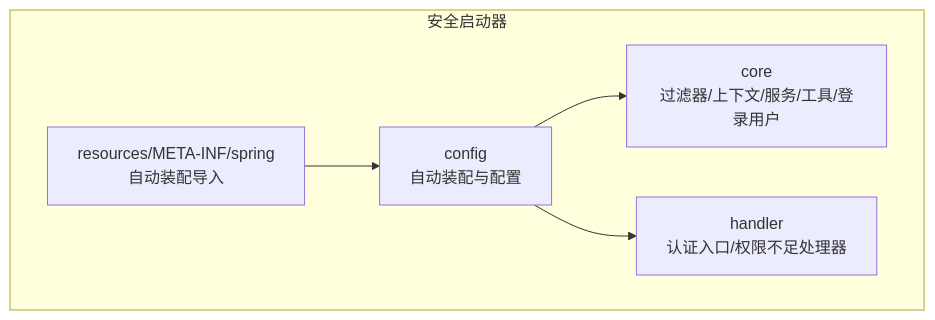
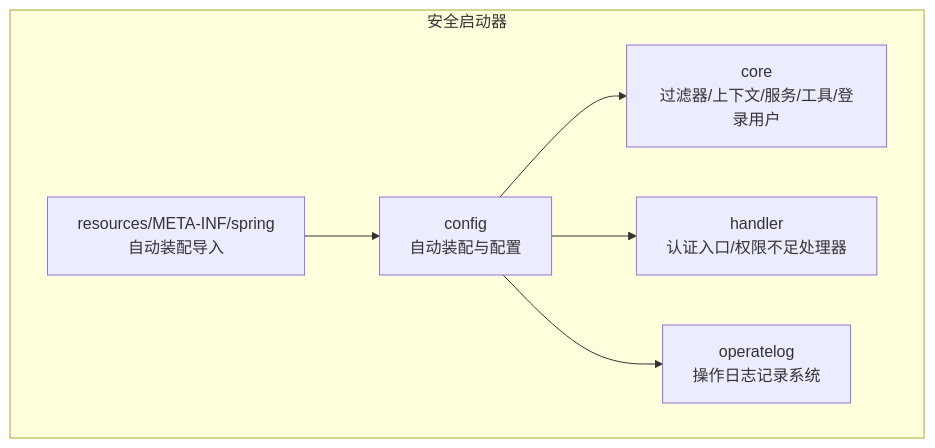
Before and after one commit to guanglei93/pandora-cloud: the first of 6 diagrams in .qoder/repowiki/zh/content/核心模块/安全认证模块.md, drawn with Mermaid. The commit also changed other lines of this file and 32 other files, not shown here.

````diff
--- a/.qoder/repowiki/zh/content/核心模块/安全认证模块.md
+++ b/.qoder/repowiki/zh/content/核心模块/安全认证模块.md
@@ -50,12 +64,14 @@
 ```mermaid
 graph TB
 subgraph "安全启动器"
 CFG["config<br/>自动装配与配置"]
 CORE["core<br/>过滤器/上下文/服务/工具/登录用户"]
 HANDLER["handler<br/>认证入口/权限不足处理器"]
+OPERATELOG["operatelog<br/>操作日志记录系统"]
 RES["resources/META-INF/spring<br/>自动装配导入"]
 end
 CFG --> CORE
 CFG --> HANDLER
+CFG --> OPERATELOG
 RES --> CFG
 ```
````
